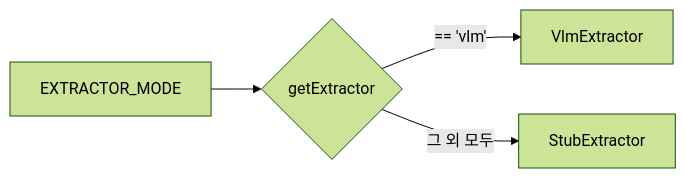
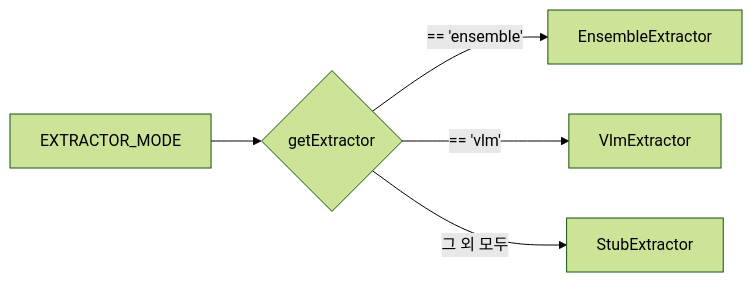
One commit to mooner92/MineSweeper changed the first of 2 diagrams in docs/extractors.md. Above: the diagram before and after it, drawn with Mermaid (forest theme). The commit also changed other lines of this file and 12 other files, not shown here.

````diff
--- a/docs/extractors.md
+++ b/docs/extractors.md
@@ -118,6 +120,7 @@
 ```mermaid
 flowchart LR
   ENV["EXTRACTOR_MODE"] --> F{getExtractor}
+  F -- "== 'ensemble'" --> E[EnsembleExtractor]
   F -- "== 'vlm'" --> V[VlmExtractor]
   F -- "그 외 모두" --> S[StubExtractor]
 ```
````
